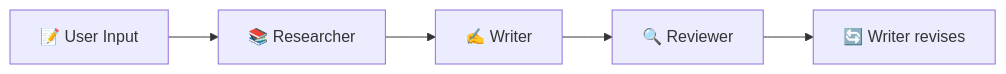
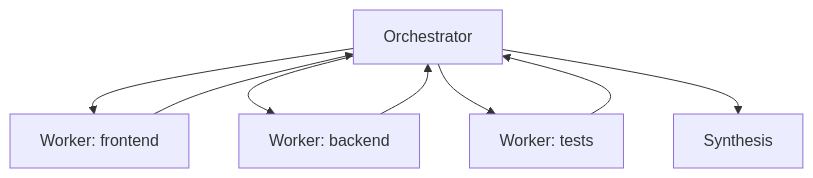
The fourth of 8 diagrams in talks/standard/Agentic Engineering/presentation.md (davidkaya/blog), drawn with Mermaid before and after one commit. The commit also changed other lines of this file, not shown here.

````diff
--- a/talks/standard/Agentic Engineering/presentation.md
+++ b/talks/standard/Agentic Engineering/presentation.md
@@ -471,7 +672,10 @@
 ```mermaid
-flowchart LR
-    I["📝 User Input"] --> R["📚 Researcher"]
-    R --> W1["✍️ Writer"]
-    W1 --> Rev["🔍 Reviewer"]
-    Rev --> W2["🔄 Writer revises"]
+flowchart TB
+    O["Orchestrator"] --> W1["Worker: frontend"]
+    O --> W2["Worker: backend"]
+    O --> W3["Worker: tests"]
+    W1 --> O
+    W2 --> O
+    W3 --> O
+    O --> S["Synthesis"]
 ```
````
